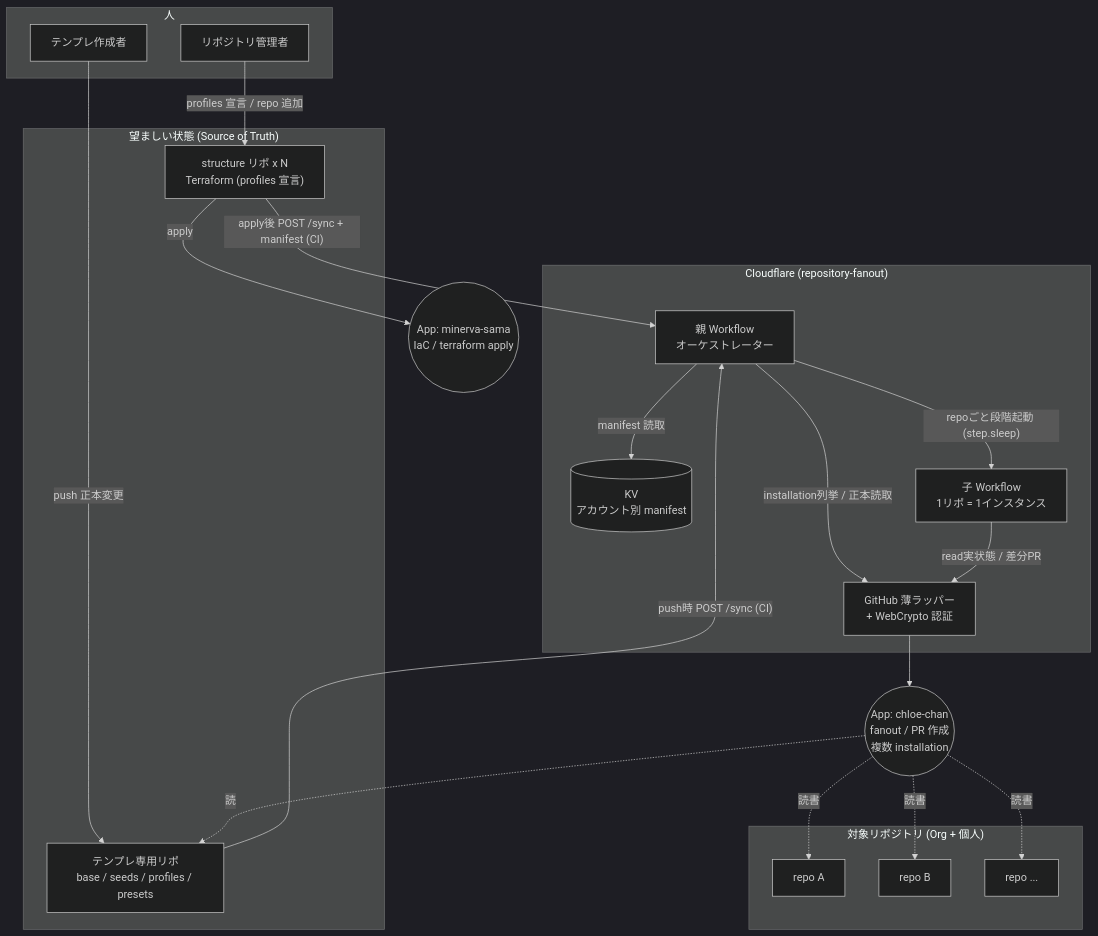
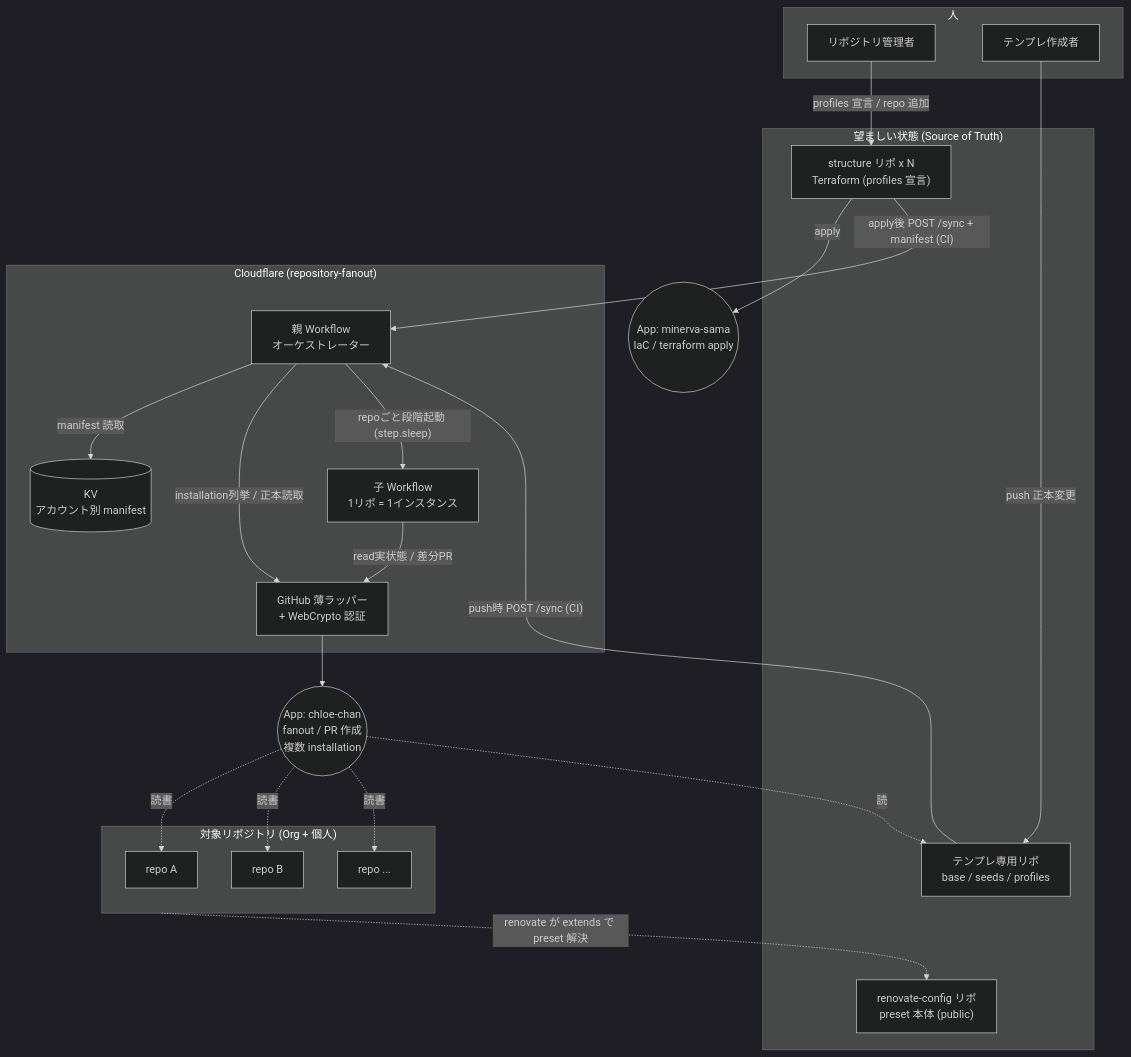
The first of 6 diagrams in docs/superpowers/specs/2026-06-26-repository-fanout-design.md (bright-room/repository-fanout), drawn with Mermaid (dark theme) before and after one commit. The commit also changed other lines of this file and 18 other files, not shown here.

First line of the commit message:
docs: fragment + sync-strategy model (renovate extends-only, managed blocks)

````diff
--- a/docs/superpowers/specs/2026-06-26-repository-fanout-design.md
+++ b/docs/superpowers/specs/2026-06-26-repository-fanout-design.md
@@ -371,43 +386,45 @@
 ```mermaid
 flowchart TB
   subgraph Humans["人"]
     M["リポジトリ管理者"]
     T["テンプレ作成者"]
   end
 
   subgraph SoT["望ましい状態 (Source of Truth)"]
-    TR["テンプレ専用リポ<br/>base / seeds / profiles / presets"]
+    TR["テンプレ専用リポ<br/>base / seeds / profiles"]
+    RC["renovate-config リポ<br/>preset 本体 (public)"]
     SR["structure リポ x N<br/>Terraform (profiles 宣言)"]
   end
 
   subgraph CF["Cloudflare (repository-fanout)"]
     KV[("KV<br/>アカウント別 manifest")]
     P["親 Workflow<br/>オーケストレーター"]
     C["子 Workflow<br/>1リポ = 1インスタンス"]
     GHC["GitHub 薄ラッパー<br/>+ WebCrypto 認証"]
   end
 
   MIN(("App: minerva-sama<br/>IaC / terraform apply"))
   CHL(("App: chloe-chan<br/>fanout / PR 作成<br/>複数 installation"))
 
   subgraph Targets["対象リポジトリ (Org + 個人)"]
     R1["repo A"]
     R2["repo B"]
     R3["repo ..."]
   end
 
   T -->|"push 正本変更"| TR
   M -->|"profiles 宣言 / repo 追加"| SR
   SR -->|"apply"| MIN
   TR -->|"push時 POST /sync (CI)"| P
   SR -->|"apply後 POST /sync + manifest (CI)"| P
   P -->|"manifest 読取"| KV
   P -->|"installation列挙 / 正本読取"| GHC
   P -->|"repoごと段階起動 (step.sleep)"| C
   C -->|"read実状態 / 差分PR"| GHC
   GHC --> CHL
   CHL -.読.-> TR
   CHL -.読書.-> R1
   CHL -.読書.-> R2
   CHL -.読書.-> R3
+  Targets -."renovate が extends で preset 解決".-> RC
 ```
````
